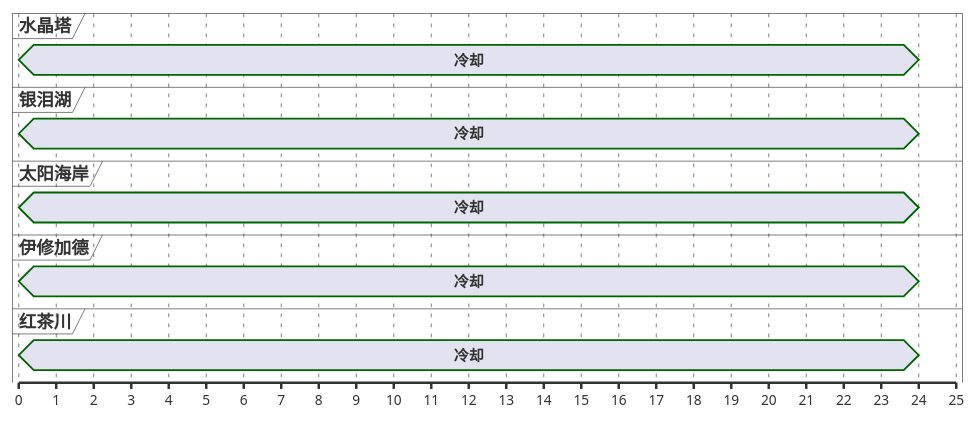
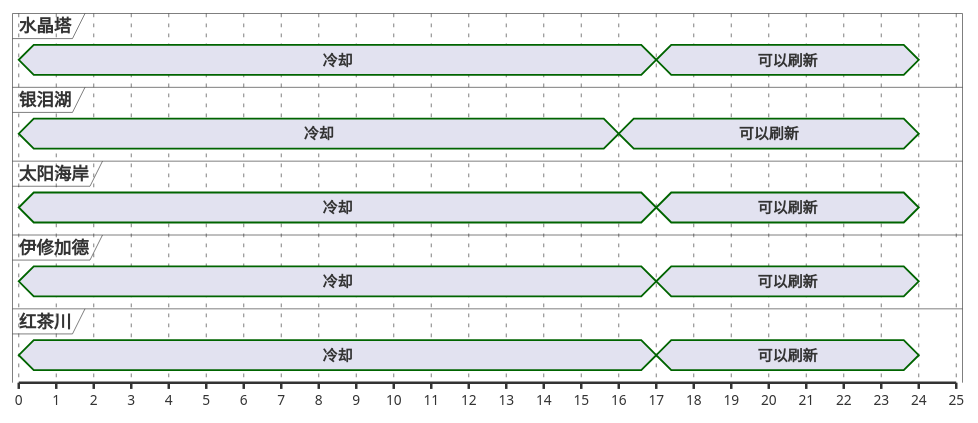
The fourth of 13 diagrams in ffxiv/hunt/2.0/Brontes.md (Eroleice/doc-pi), drawn with PlantUML before and after one commit. The commit also changed other lines of this file and 38 other files, not shown here.

````diff
--- a/ffxiv/hunt/2.0/Brontes.md
+++ b/ffxiv/hunt/2.0/Brontes.md
@@ -182,32 +206,37 @@
 ```plantuml
 @startuml
 scale 1 as 30 pixels
 
 concise 水晶塔
 concise 银泪湖
 concise 太阳海岸
 concise 伊修加德
 concise 红茶川
 
 @太阳海岸
 0 is 冷却
+17 is 可以刷新
 24 is {hidden}
 
 @红茶川
 0 is 冷却
+17 is 可以刷新
 24 is {hidden}
 
 @伊修加德
 0 is 冷却
+17 is 可以刷新
 24 is {hidden}
 
 @水晶塔
 0 is 冷却
+17 is 可以刷新
 24 is {hidden}
 
 @银泪湖
 0 is 冷却
+16 is 可以刷新
 24 is {hidden}
 
 @enduml
 ```
````
